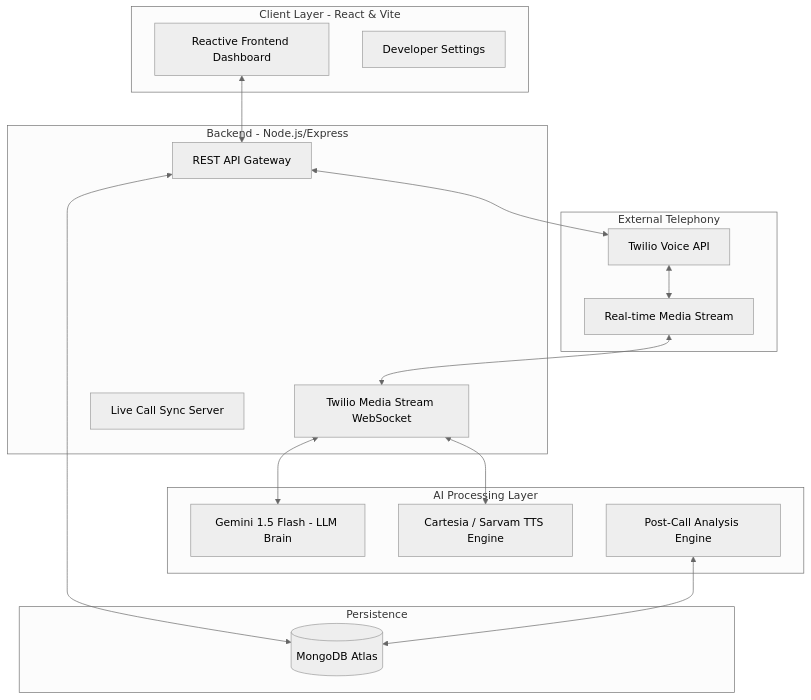
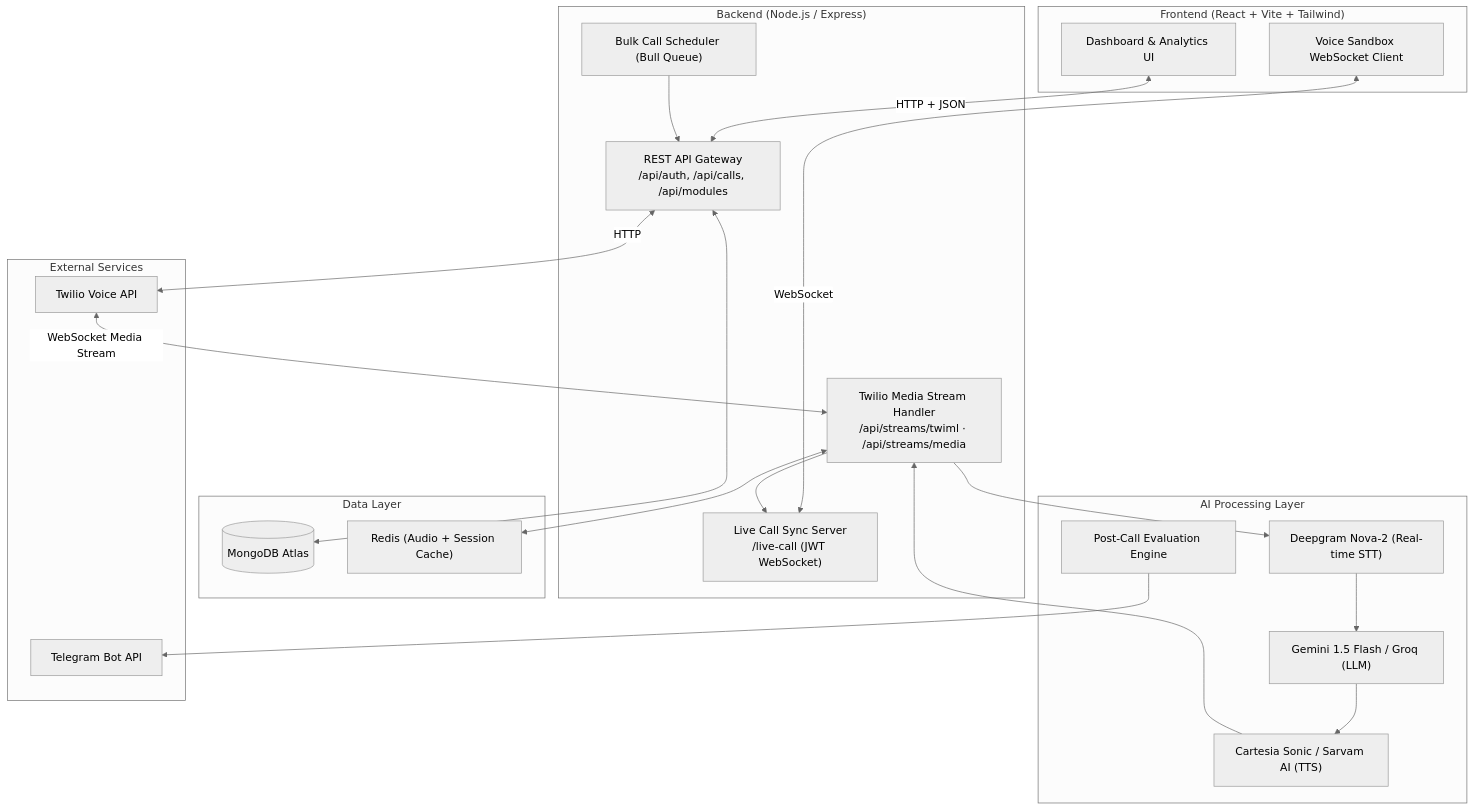
One commit to AbhigyanRaj/Voicely changed the diagram in README.md. Above: the diagram before and after it, drawn with Mermaid (neutral theme). The commit also changed other lines of this file and 130 other files, not shown here.

Commit message:
chore: update frontend design, optimize analytics, and update testimonials

````diff
--- a/README.md
+++ b/README.md
@@ -79,41 +68,42 @@
 ```mermaid
 graph TD
-    subgraph Client_Layer [Client Layer - React & Vite]
-        FE[Reactive Frontend Dashboard]
-        API_KEYS[Developer Settings]
+    subgraph "Frontend (React + Vite + Tailwind)"
+        FE["Dashboard & Analytics UI"]
+        WS_CLIENT["Voice Sandbox WebSocket Client"]
     end
 
-    subgraph Orchestration_Layer [Backend - Node.js/Express]
-        API[REST API Gateway]
-        MEDIA_WS[Twilio Media Stream WebSocket]
-        LIVE_WS[Live Call Sync Server]
+    subgraph "Backend (Node.js / Express)"
+        REST["REST API Gateway\n/api/auth, /api/calls, /api/modules"]
+        TWILIO_WS["Twilio Media Stream Handler\n/api/streams/twiml · /api/streams/media"]
+        LIVE_WS["Live Call Sync Server\n/live-call (JWT WebSocket)"]
+        SCHEDULER["Bulk Call Scheduler (Bull Queue)"]
     end
 
-    subgraph AI_Brain_Layer [AI Processing Layer]
-        GEMINI[Gemini 1.5 Flash - LLM Brain]
-        TTS[Cartesia / Sarvam TTS Engine]
-        ANALYTICS[Post-Call Analysis Engine]
+    subgraph "AI Processing Layer"
+        STT["Deepgram Nova-2 (Real-time STT)"]
+        LLM["Gemini 1.5 Flash / Groq (LLM)"]
+        TTS["Cartesia Sonic / Sarvam AI (TTS)"]
+        EVAL["Post-Call Evaluation Engine"]
     end
 
-    subgraph Data_Layer [Persistence]
-        DB[(MongoDB Atlas)]
+    subgraph "Data Layer"
+        DB[("MongoDB Atlas")]
+        CACHE["Redis (Audio + Session Cache)"]
     end
 
-    subgraph Telephony_Layer [External Telephony]
-        TW[Twilio Voice API]
-        STREAM[Real-time Media Stream]
+    subgraph "External Services"
+        TWILIO["Twilio Voice API"]
+        TELEGRAM["Telegram Bot API"]
     end
 
-    %% Flow Connections
-    FE <--> API
-    API <--> DB
-    API <--> TW
-    
-    TW <--> STREAM
-    STREAM <--> MEDIA_WS
-    
-    MEDIA_WS <--> GEMINI
-    MEDIA_WS <--> TTS
-    
-    ANALYTICS <--> DB
+    FE <-->|HTTP + JSON| REST
+    WS_CLIENT <-->|WebSocket| LIVE_WS
+    REST <-->|HTTP| TWILIO
+    TWILIO <-->|WebSocket Media Stream| TWILIO_WS
+    TWILIO_WS --> STT --> LLM --> TTS --> TWILIO_WS
+    TWILIO_WS --> LIVE_WS
+    EVAL --> TELEGRAM
+    REST <--> DB
+    TWILIO_WS <--> CACHE
+    SCHEDULER --> REST
 ```
````
